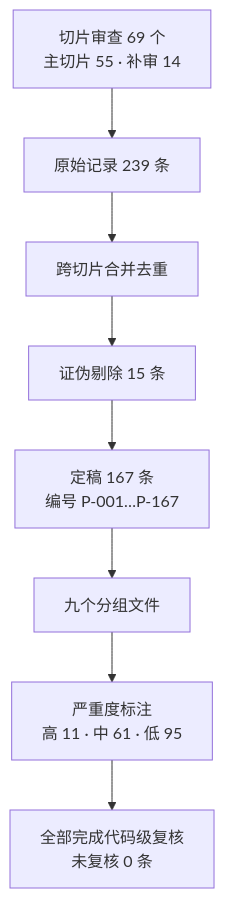
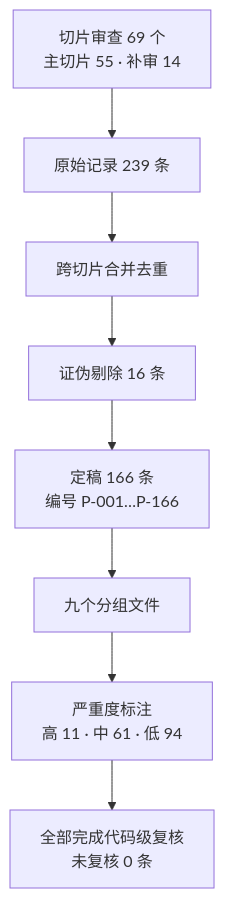
The diagram in note/problem/README.md (hershate/Deep-tutor), drawn with Mermaid before and after one commit. The commit also changed other lines of this file and 7 other files, not shown here.

````diff
--- a/note/problem/README.md
+++ b/note/problem/README.md
@@ -46,10 +69,10 @@
 ```mermaid
 flowchart TD
   A["切片审查 69 个<br/>主切片 55 · 补审 14"] --> B["原始记录 239 条"]
   B --> C["跨切片合并去重"]
-  C --> D["证伪剔除 15 条"]
-  D --> E["定稿 167 条<br/>编号 P-001…P-167"]
+  C --> D["证伪剔除 16 条"]
+  D --> E["定稿 166 条<br/>编号 P-001…P-166"]
   E --> F["九个分组文件"]
-  F --> G["严重度标注<br/>高 11 · 中 61 · 低 95"]
+  F --> G["严重度标注<br/>高 11 · 中 61 · 低 94"]
   G --> H["全部完成代码级复核<br/>未复核 0 条"]
 ```
````
